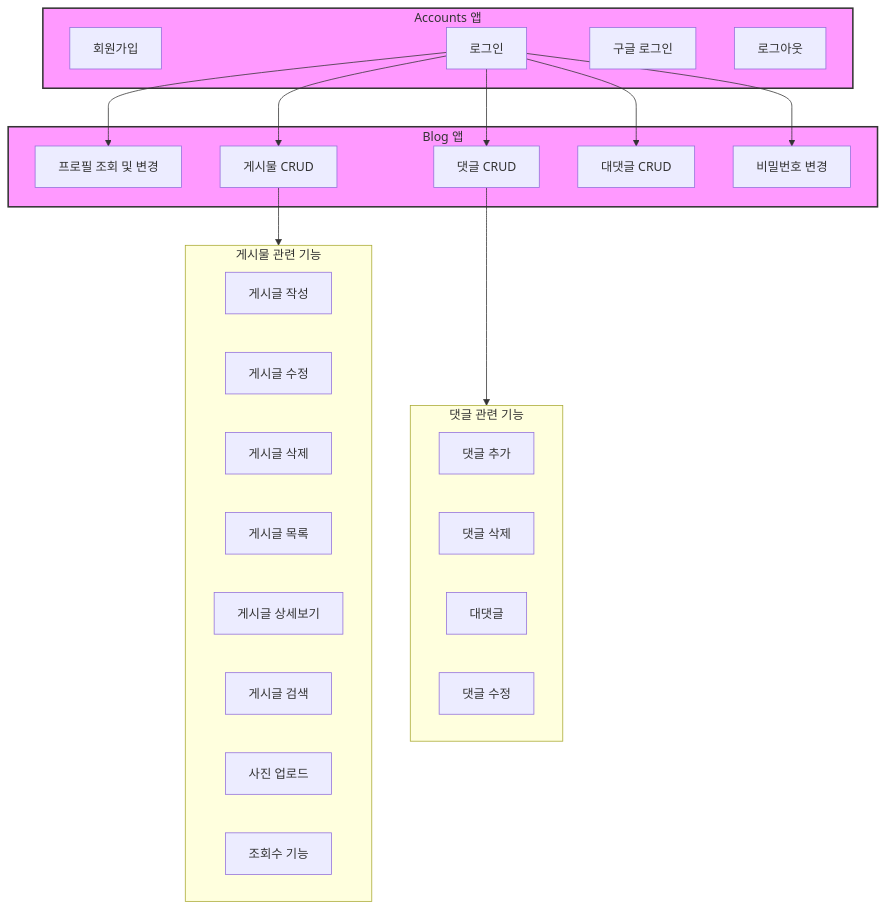
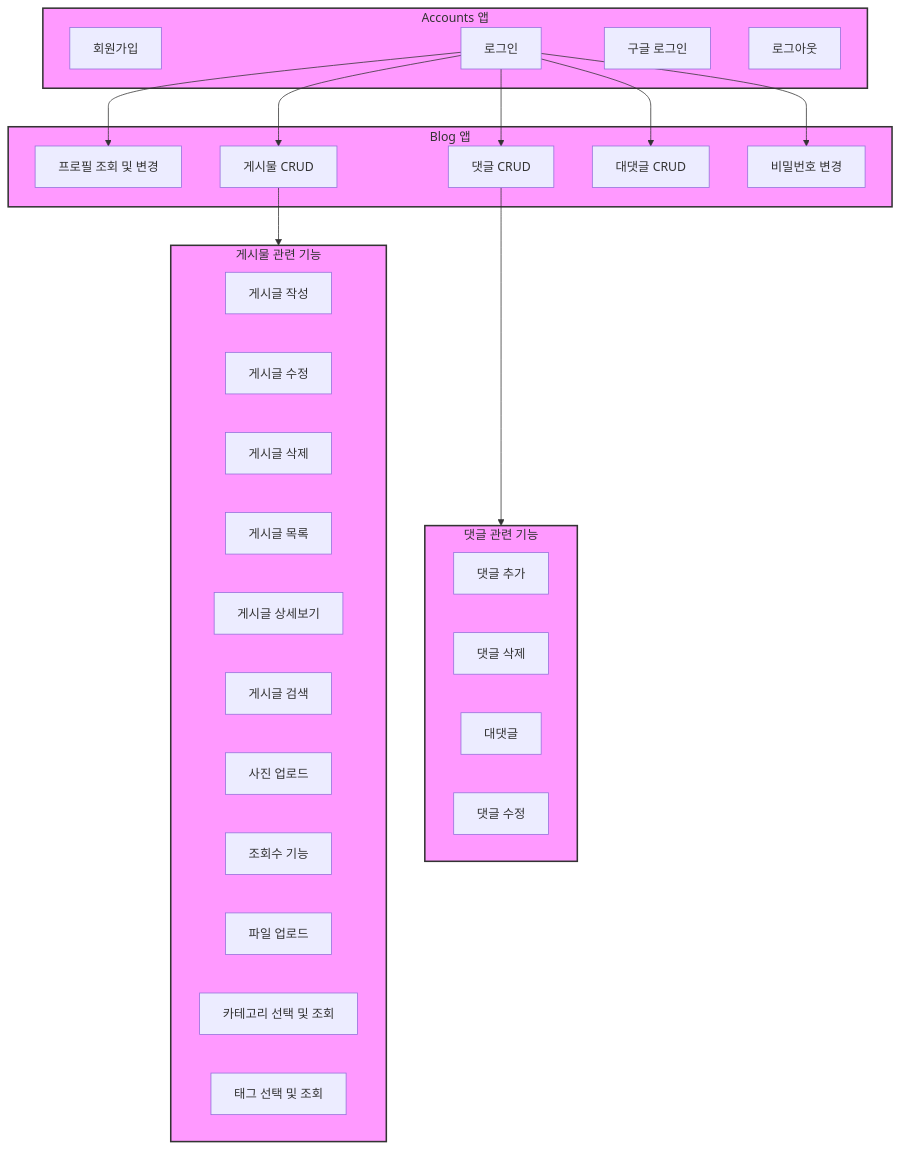
One commit to JoohyungDev/movie-review-blog changed the first of 3 diagrams in README.md. Above: the diagram before and after it, drawn with Mermaid.

````diff
--- a/README.md
+++ b/README.md
@@ -93,48 +93,52 @@
 ```mermaid
 graph TD;
     subgraph accounts [Accounts 앱]
         signup[회원가입]
         login[로그인]
         google_login[구글 로그인]
         logout[로그아웃]
     end
 
     subgraph blog [Blog 앱]
         profile[프로필 조회 및 변경]
         postCRUD[게시물 CRUD]
         commentCRUD[댓글 CRUD]
         replyCRUD[대댓글 CRUD]
         password_change[비밀번호 변경]
     end
 
     subgraph postFeatures [게시물 관련 기능]
         createPost[게시글 작성]
         updatePost[게시글 수정]
         deletePost[게시글 삭제]
         postList[게시글 목록]
         postDetail[게시글 상세보기]
         searchPost[게시글 검색]
         uploadPhoto[사진 업로드]
         viewCount[조회수 기능]
+        uploadFile[파일 업로드]
+        categorySelectAndView[카테고리 선택 및 조회]
+        tagSelectAndView[태그 선택 및 조회]
     end
 
     subgraph commentFeatures [댓글 관련 기능]
         addComment[댓글 추가]
         deleteComment[댓글 삭제]
         addReply[대댓글]
         editComment[댓글 수정]
     end
 
     login --> profile;
     login --> postCRUD;
     login --> commentCRUD;
     login --> replyCRUD;
     login --> password_change;
     postCRUD --> postFeatures;
     commentCRUD --> commentFeatures;
 
     classDef app fill:#f9f,stroke:#333,stroke-width:2px;
-    class accounts,blog app;
+    class accounts,blog,postFeatures,commentFeatures app;
+
 
 
 ```
````
